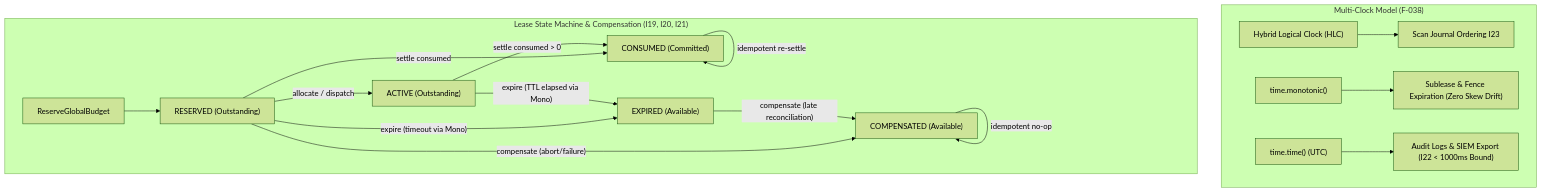
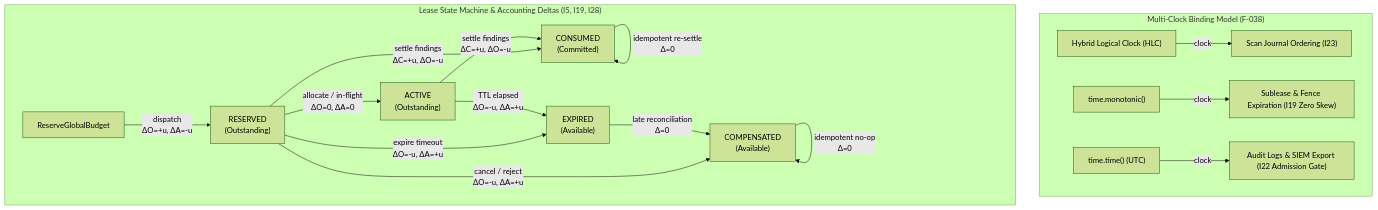
One commit to AviralGup7/Singularity-Zero changed the sixth of 15 diagrams in docs/flowchart.md. Above: the diagram before and after it, drawn with Mermaid (forest theme). The commit also changed other lines of this file, not shown here.

Commit message:
docs(flowchart): distill atlas by merging metadata onto Mermaid graphs, eliminating prose bloat, and embedding accounting/authority lifecycles

````diff
--- a/docs/flowchart.md
+++ b/docs/flowchart.md
@@ -474,21 +449,23 @@
 ```mermaid
 flowchart TD
-    subgraph ClockModel["Multi-Clock Model (F-038)"]
-        HLC["Hybrid Logical Clock (HLC)"]:::impl --> EventOrder["Scan Journal Ordering I23"]:::impl
-        Mono["time.monotonic()"]:::impl --> LeaseTTL["Sublease & Fence Expiration (Zero Skew Drift)"]:::impl
-        Wall["time.time() (UTC)"]:::impl --> AuditTime["Audit Logs & SIEM Export (I22 < 1000ms Bound)"]:::impl
+    subgraph ClockModel["Multi-Clock Binding Model (F-038)"]
+        HLC["Hybrid Logical Clock (HLC)"]:::impl -->|"clock"| EventOrder["Scan Journal Ordering (I23)"]:::impl
+        Mono["time.monotonic()"]:::impl -->|"clock"| LeaseTTL["Sublease & Fence Expiration (I19 Zero Skew)"]:::impl
+        Wall["time.time() (UTC)"]:::impl -->|"clock"| AuditTime["Audit Logs & SIEM Export (I22 Admission Gate)"]:::impl
     end
 
-    subgraph LeaseFSM["Lease State Machine & Compensation (I19, I20, I21)"]
-        Reserve["ReserveGlobalBudget"]:::impl --> RESERVED["RESERVED (Outstanding)"]:::impl
-        RESERVED -->|"allocate / dispatch"| ACTIVE["ACTIVE (Outstanding)"]:::impl
-        RESERVED -->|"expire (timeout via Mono)"| EXPIRED["EXPIRED (Available)"]:::impl
-        RESERVED -->|"compensate (abort/failure)"| COMPENSATED["COMPENSATED (Available)"]:::impl
-        RESERVED -->|"settle consumed"| CONSUMED["CONSUMED (Committed)"]:::impl
-        ACTIVE -->|"settle consumed > 0"| CONSUMED
-        ACTIVE -->|"expire (TTL elapsed via Mono)"| EXPIRED
-        EXPIRED -->|"compensate (late reconciliation)"| COMPENSATED
-        CONSUMED -->|"idempotent re-settle"| CONSUMED
-        COMPENSATED -->|"idempotent no-op"| COMPENSATED
+    subgraph LeaseFSM["Lease State Machine & Accounting Deltas (I5, I19, I28)"]
+        Reserve["ReserveGlobalBudget"]:::impl -->|"dispatch<br/>ΔO=+u, ΔA=-u"| RESERVED["RESERVED<br/>(Outstanding)"]:::impl
+        RESERVED -->|"allocate / in-flight<br/>ΔO=0, ΔA=0"| ACTIVE["ACTIVE<br/>(Outstanding)"]:::impl
+        RESERVED -->|"settle findings<br/>ΔC=+u, ΔO=-u"| CONSUMED["CONSUMED<br/>(Committed)"]:::impl
+        ACTIVE -->|"settle findings<br/>ΔC=+u, ΔO=-u"| CONSUMED
+        
+        RESERVED -->|"cancel / reject<br/>ΔO=-u, ΔA=+u"| COMPENSATED["COMPENSATED<br/>(Available)"]:::impl
+        RESERVED -->|"expire timeout<br/>ΔO=-u, ΔA=+u"| EXPIRED["EXPIRED<br/>(Available)"]:::impl
+        ACTIVE -->|"TTL elapsed<br/>ΔO=-u, ΔA=+u"| EXPIRED
+        
+        EXPIRED -->|"late reconciliation<br/>Δ=0"| COMPENSATED
+        CONSUMED -->|"idempotent re-settle<br/>Δ=0"| CONSUMED
+        COMPENSATED -->|"idempotent no-op<br/>Δ=0"| COMPENSATED
     end
 ```
````
